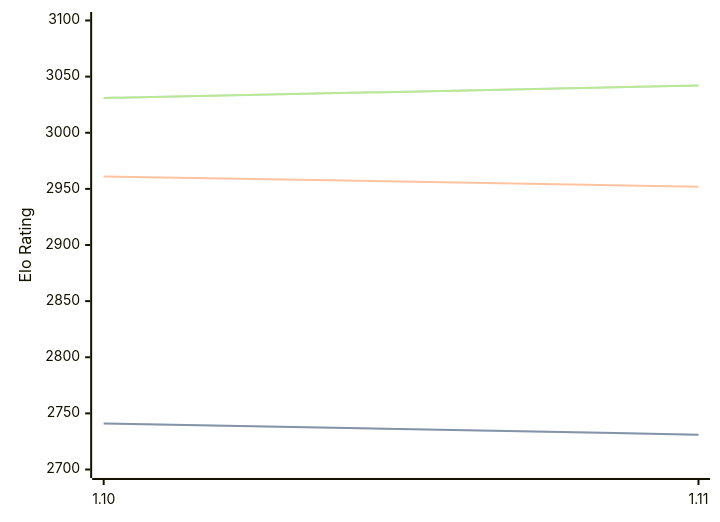
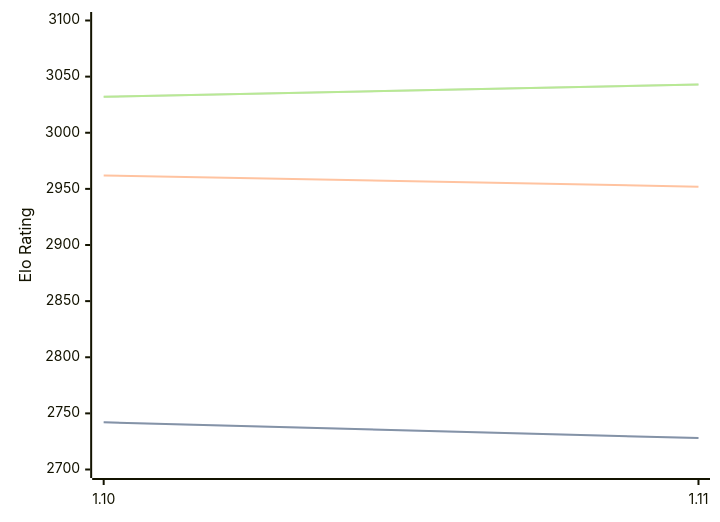
One commit to computer-chess-index/cci changed the diagram in engines/Roc.md. Above: the diagram before and after it, drawn with Mermaid. The commit also changed other lines of this file, not shown here.

Commit message:
Update CCI Ratings (ELO VLTC) - 2026-09-16

````diff
--- a/engines/Roc.md
+++ b/engines/Roc.md
@@ -42,11 +42,11 @@
 ```mermaid
 %%{init: {"theme":"base","themeVariables":{"seriesColors:['#a3a3a3','#222221','#faa371']}}}%%
 xychart-beta
   x-axis ["1.10", "1.11"]
   y-axis "Elo Rating" 2700 --> 3100
-  line "" [2741, 2731]
-  line "STC (8.0+0.08s)" [2741, 2731]
-  line "LTC (60.0+0.60s)" [2961, 2952]
-  line "" [3031, 3042]
-  line "VLTC (2m24s+1.12s)" [3031, 3042]
+  line "" [2742, 2728]
+  line "STC (8.0+0.08s)" [2742, 2728]
+  line "LTC (60.0+0.60s)" [2962, 2952]
+  line "" [3032, 3043]
+  line "VLTC (2m24s+1.12s)" [3032, 3043]
 ```
````
